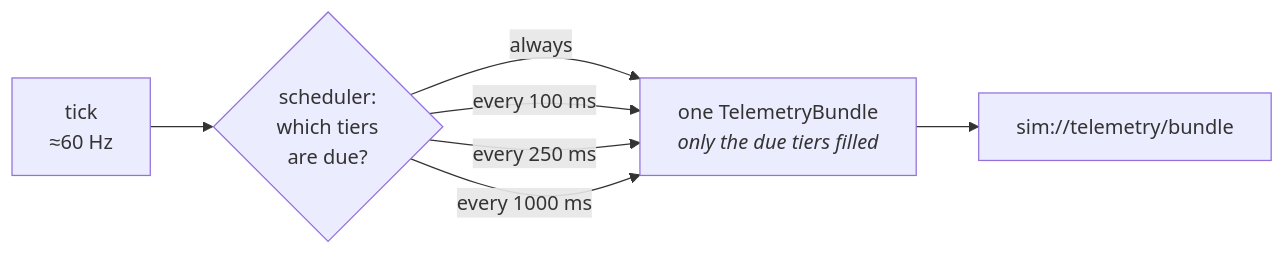
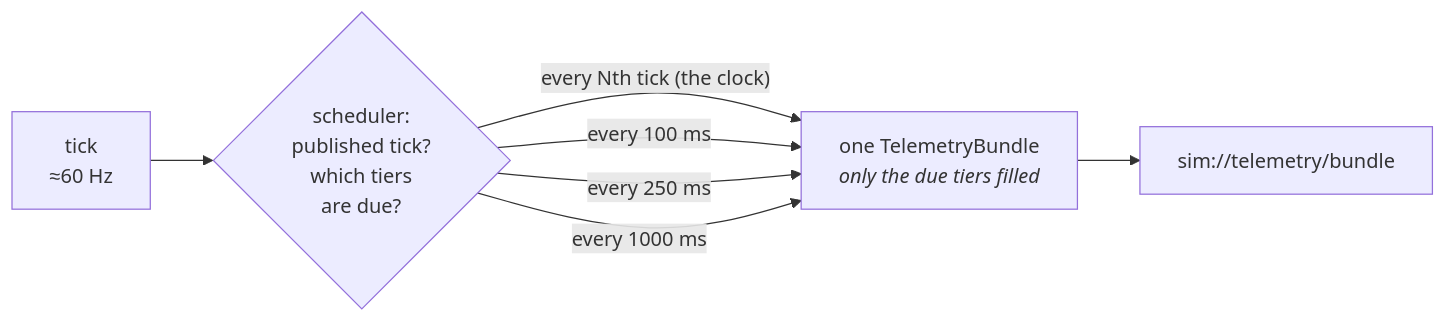
One commit to mvoof/Marble-Trace changed the seventh of 22 diagrams in docs/architecture.md. Above: the diagram before and after it, drawn with Mermaid. The commit also changed other lines of this file and 128 other files, not shown here.

````diff
--- a/docs/architecture.md
+++ b/docs/architecture.md
@@ -529,14 +532,14 @@
 ```mermaid
 flowchart LR
     T["tick<br/>≈60 Hz"]
-    SCH{"scheduler:<br/>which tiers<br/>are due?"}
+    SCH{"scheduler:<br/>published tick?<br/>which tiers<br/>are due?"}
     B["one TelemetryBundle<br/><i>only the due tiers filled</i>"]
     E["sim://telemetry/bundle"]
 
     T --> SCH
-    SCH -->|always| B
+    SCH -->|"every Nth tick (the clock)"| B
     SCH -->|"every 100 ms"| B
     SCH -->|"every 250 ms"| B
     SCH -->|"every 1000 ms"| B
     B --> E
 ```
````
